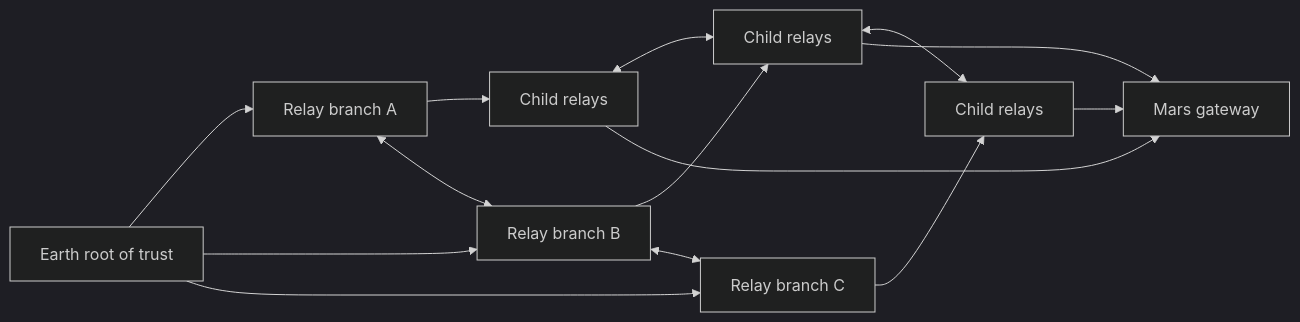
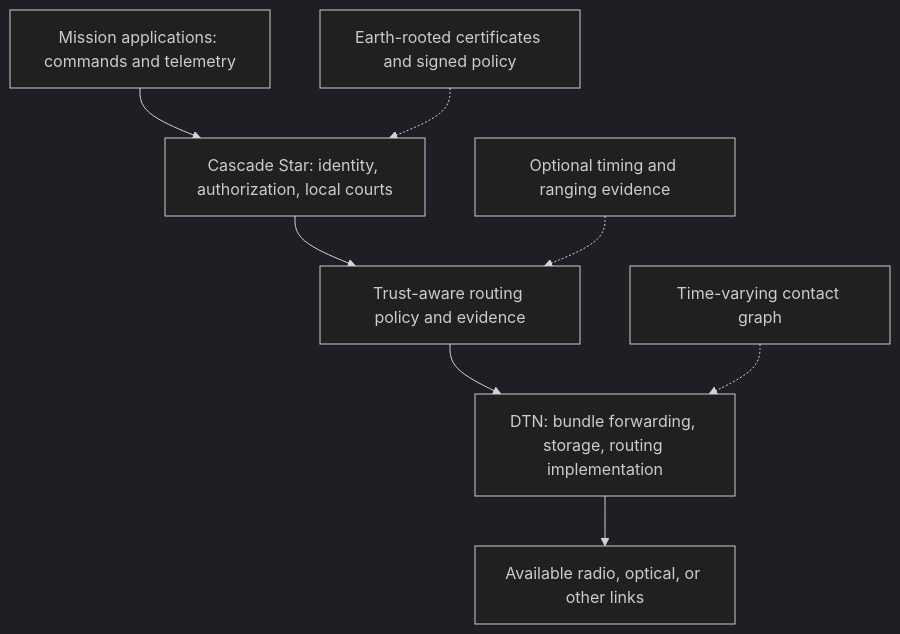
One commit to POXUW/cascade-star changed the diagram in README.md. Above: the diagram before and after it, drawn with Mermaid (dark theme). The commit also changed other lines of this file, not shown here.

Commit message:
Reframe Cascade Star on DTN with threat-driven autonomy and expansion

````diff
--- a/README.md
+++ b/README.md
@@ -29,16 +45,10 @@
 ```mermaid
-flowchart LR
-    R[Earth root of trust] --> A[Relay branch A]
-    R --> B[Relay branch B]
-    R --> C[Relay branch C]
-    A --> D[Child relays]
-    B --> E[Child relays]
-    C --> F[Child relays]
-    A <--> B
-    B <--> C
-    D <--> E
-    E <--> F
-    D --> M[Mars gateway]
-    E --> M
-    F --> M
+flowchart TD
+    A[Mission applications: commands and telemetry] --> C[Cascade Star: identity, authorization, local courts]
+    C --> P[Trust-aware routing policy and evidence]
+    P --> D[DTN: bundle forwarding, storage, routing implementation]
+    D --> L[Available radio, optical, or other links]
+    T[Earth-rooted certificates and signed policy] -.-> C
+    G[Time-varying contact graph] -.-> D
+    E[Optional timing and ranging evidence] -.-> P
 ```
````
